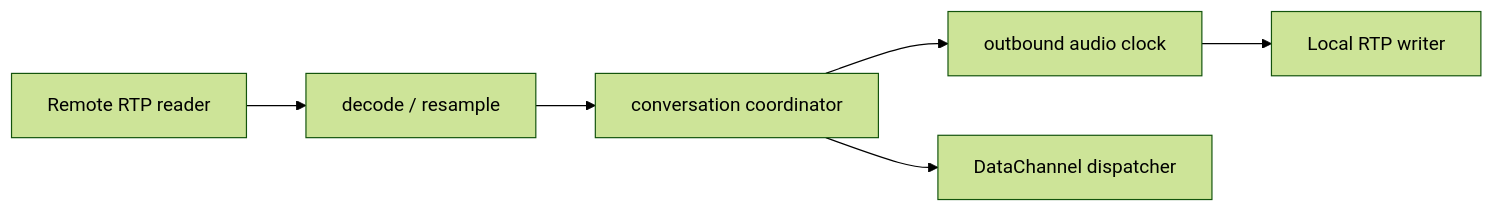
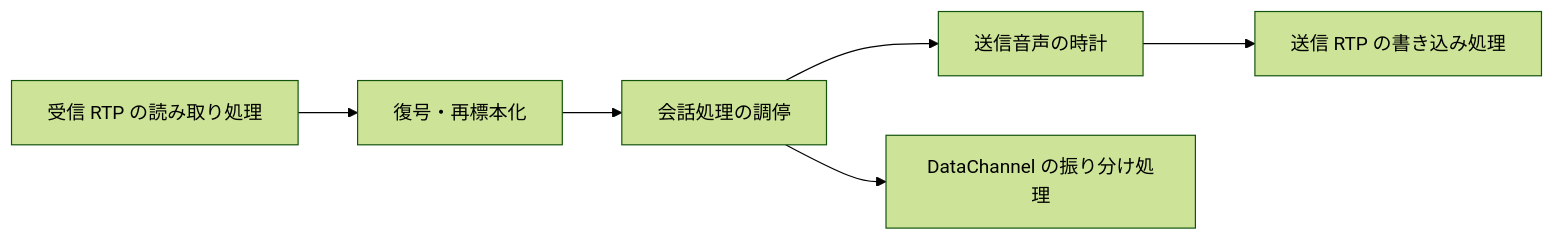
Before and after one commit to Sincromisor/Sincromisor: the fourth of 5 diagrams in documents/migration/pion/target-architecture.md, drawn with Mermaid (forest theme). The commit also changed other lines of this file and 94 other files, not shown here.

````diff
--- a/documents/migration/pion/target-architecture.md
+++ b/documents/migration/pion/target-architecture.md
@@ -224,8 +224,8 @@
 ```mermaid
 flowchart LR
-    Remote["Remote RTP reader"] --> Input["decode / resample"]
-    Input --> Pipeline["conversation coordinator"]
-    Pipeline --> Output["outbound audio clock"]
-    Pipeline --> Events["DataChannel dispatcher"]
-    Output --> Local["Local RTP writer"]
+    Remote["受信 RTP の読み取り処理"] --> Input["復号・再標本化"]
+    Input --> Pipeline["会話処理の調停"]
+    Pipeline --> Output["送信音声の時計"]
+    Pipeline --> Events["DataChannel の振り分け処理"]
+    Output --> Local["送信 RTP の書き込み処理"]
 ```
````
